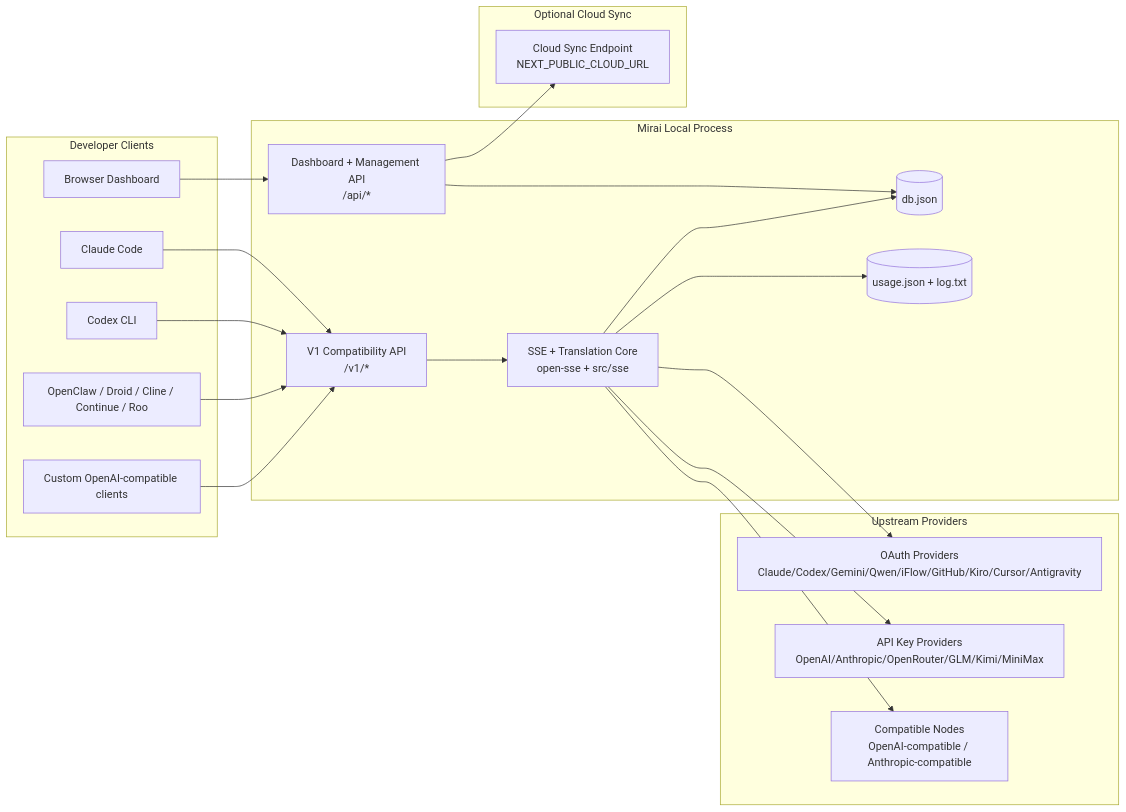
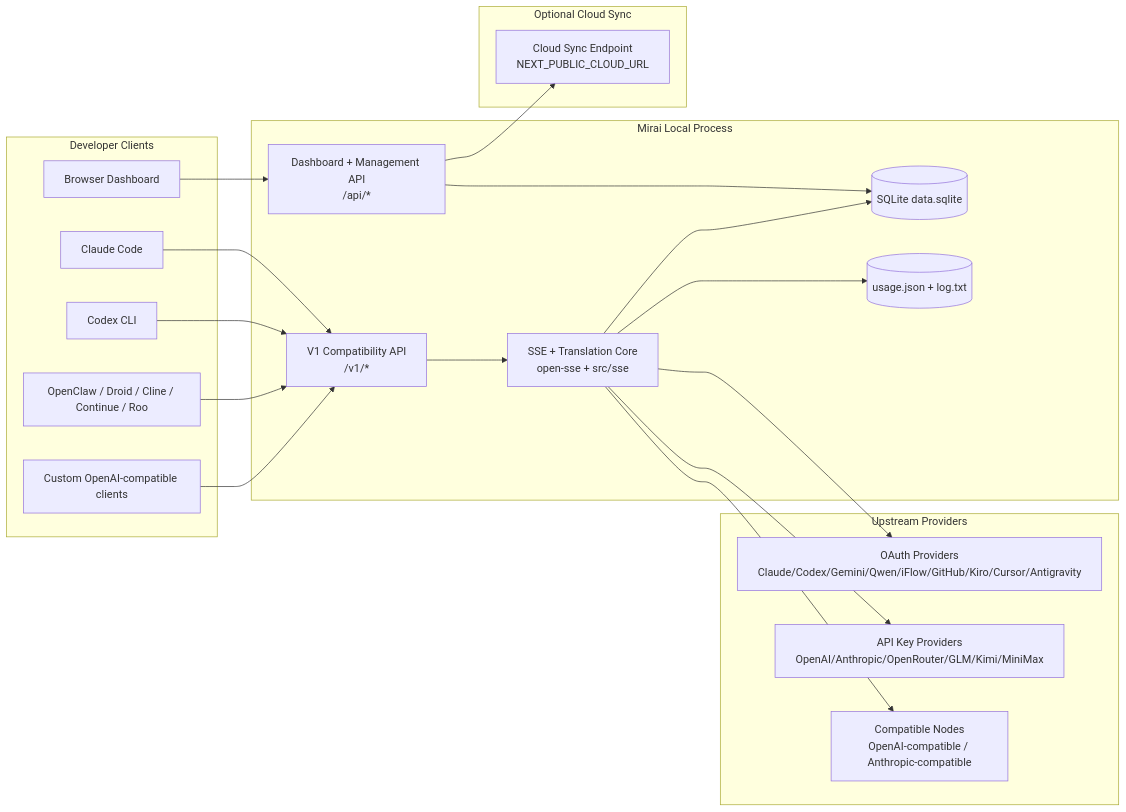
The first of 7 diagrams in docs/ARCHITECTURE.md (levanza1358/mirai), drawn with Mermaid before and after one commit. The commit also changed other lines of this file and 54 other files, not shown here.

````diff
--- a/docs/ARCHITECTURE.md
+++ b/docs/ARCHITECTURE.md
@@ -45,45 +45,45 @@
 ```mermaid
 flowchart LR
     subgraph Clients[Developer Clients]
         C1[Claude Code]
         C2[Codex CLI]
         C3[OpenClaw / Droid / Cline / Continue / Roo]
         C4[Custom OpenAI-compatible clients]
         BROWSER[Browser Dashboard]
     end
 
     subgraph Router[Mirai Local Process]
         API[V1 Compatibility API\n/v1/*]
         DASH[Dashboard + Management API\n/api/*]
         CORE[SSE + Translation Core\nopen-sse + src/sse]
-        DB[(db.json)]
+        DB[(SQLite data.sqlite)]
         UDB[(usage.json + log.txt)]
     end
 
     subgraph Upstreams[Upstream Providers]
         P1[OAuth Providers\nClaude/Codex/Gemini/Qwen/iFlow/GitHub/Kiro/Cursor/Antigravity]
         P2[API Key Providers\nOpenAI/Anthropic/OpenRouter/GLM/Kimi/MiniMax]
         P3[Compatible Nodes\nOpenAI-compatible / Anthropic-compatible]
     end
 
     subgraph Cloud[Optional Cloud Sync]
         CLOUD[Cloud Sync Endpoint\nNEXT_PUBLIC_CLOUD_URL]
     end
 
     C1 --> API
     C2 --> API
     C3 --> API
     C4 --> API
     BROWSER --> DASH
 
     API --> CORE
     DASH --> DB
     CORE --> DB
     CORE --> UDB
 
     CORE --> P1
     CORE --> P2
     CORE --> P3
 
     DASH --> CLOUD
 ```
````
